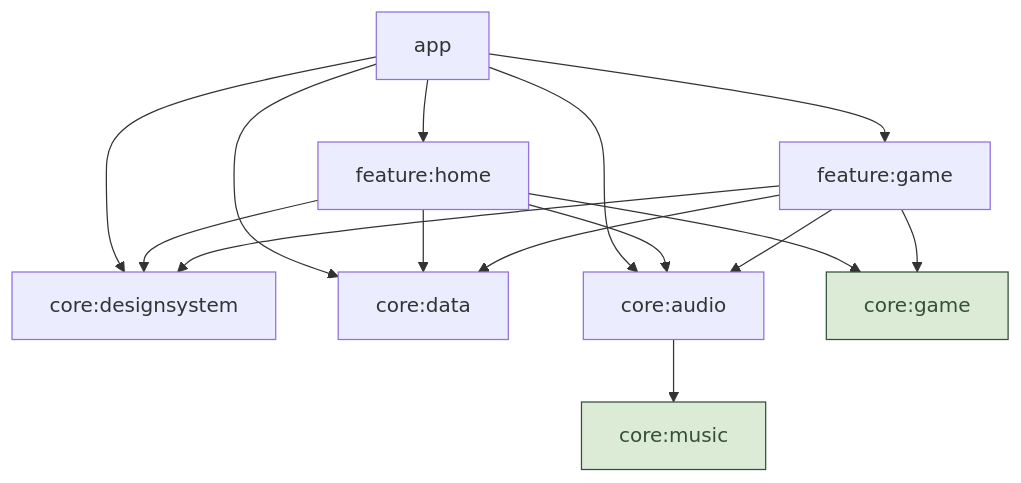
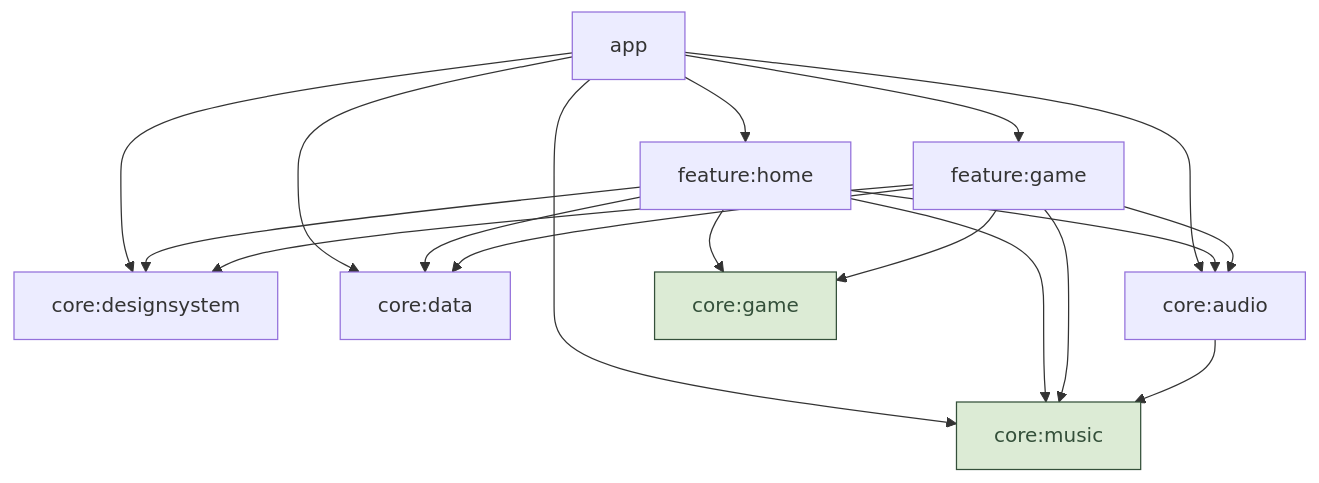
One commit to magori/blox changed the first of 2 diagrams in docs/architecture.md. Above: the diagram before and after it, drawn with Mermaid. The commit also changed 35 other files, not shown here.

First line of the commit message:
✨ feat(feature-home): écouter les musiques sur l'accueil

````diff
--- a/docs/architecture.md
+++ b/docs/architecture.md
@@ -11,23 +11,26 @@
 ```mermaid
 graph TD
     app --> featureHome[feature:home]
     app --> featureGame[feature:game]
     app --> designsystem[core:designsystem]
     app --> data[core:data]
     app --> audio[core:audio]
+    app --> music
 
     featureHome --> designsystem
     featureHome --> data
     featureHome --> game
     featureHome --> audio
+    featureHome --> music
 
     featureGame --> designsystem
     featureGame --> game[core:game]
     featureGame --> data
     featureGame --> audio
+    featureGame --> music
 
     audio --> music[core:music]
 
     classDef pure fill:#dcebd5,stroke:#34503a,color:#34503a
     class game,music pure
 ```
````
